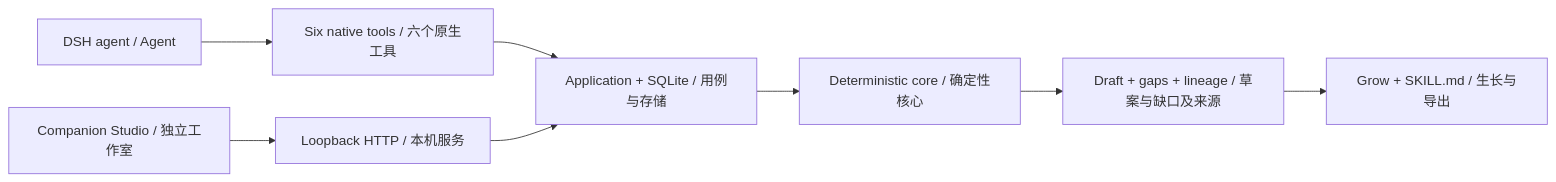
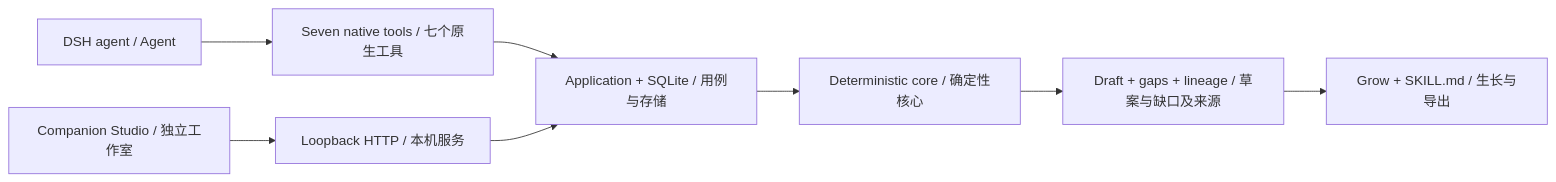
One commit to KratosLee-6/dsh-plugin-spark changed the diagram in docs/ARCHITECTURE.md. Above: the diagram before and after it, drawn with Mermaid. The commit also changed other lines of this file and 26 other files, not shown here.

````diff
--- a/docs/ARCHITECTURE.md
+++ b/docs/ARCHITECTURE.md
@@ -5,10 +5,10 @@
 ```mermaid
 flowchart LR
-  D[DSH agent / Agent] --> T[Six native tools / 六个原生工具]
+  D[DSH agent / Agent] --> T[Seven native tools / 七个原生工具]
   U[Companion Studio / 独立工作室] --> H[Loopback HTTP / 本机服务]
   T --> S[Application + SQLite / 用例与存储]
   H --> S
   S --> C[Deterministic core / 确定性核心]
   C --> R[Draft + gaps + lineage / 草案与缺口及来源]
   R --> G[Grow + SKILL.md / 生长与导出]
 ```
````
